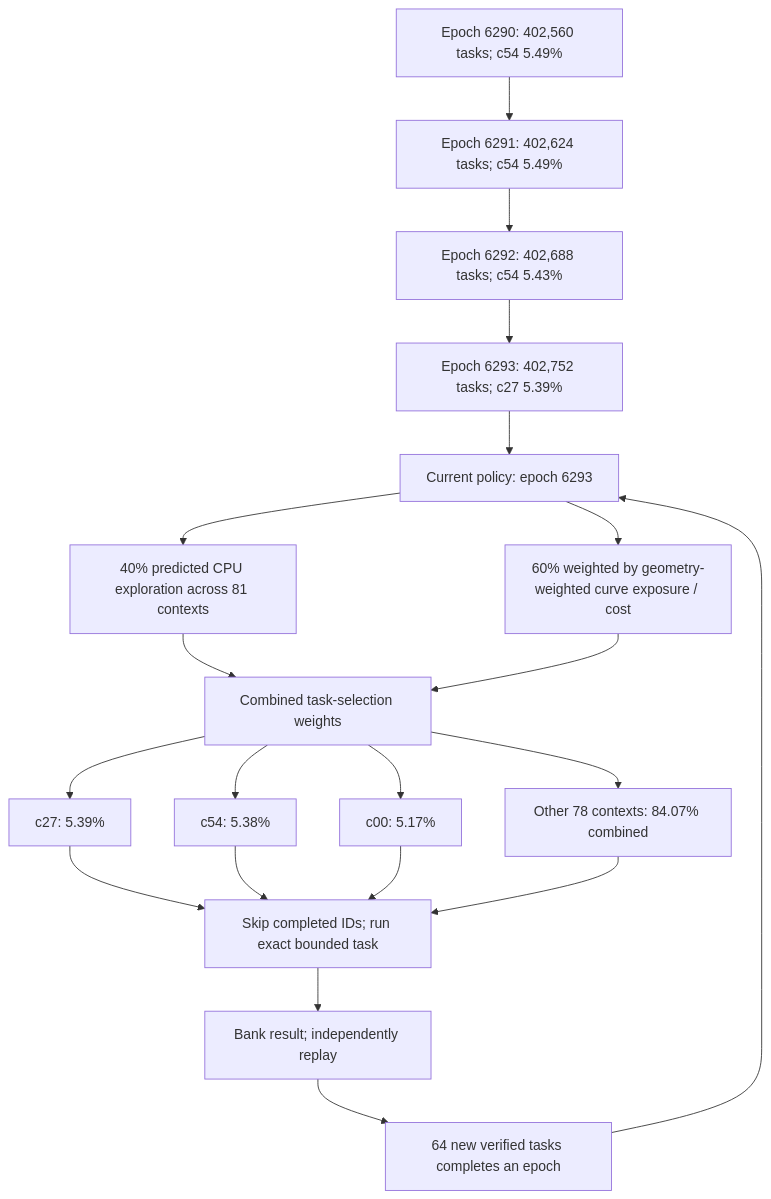
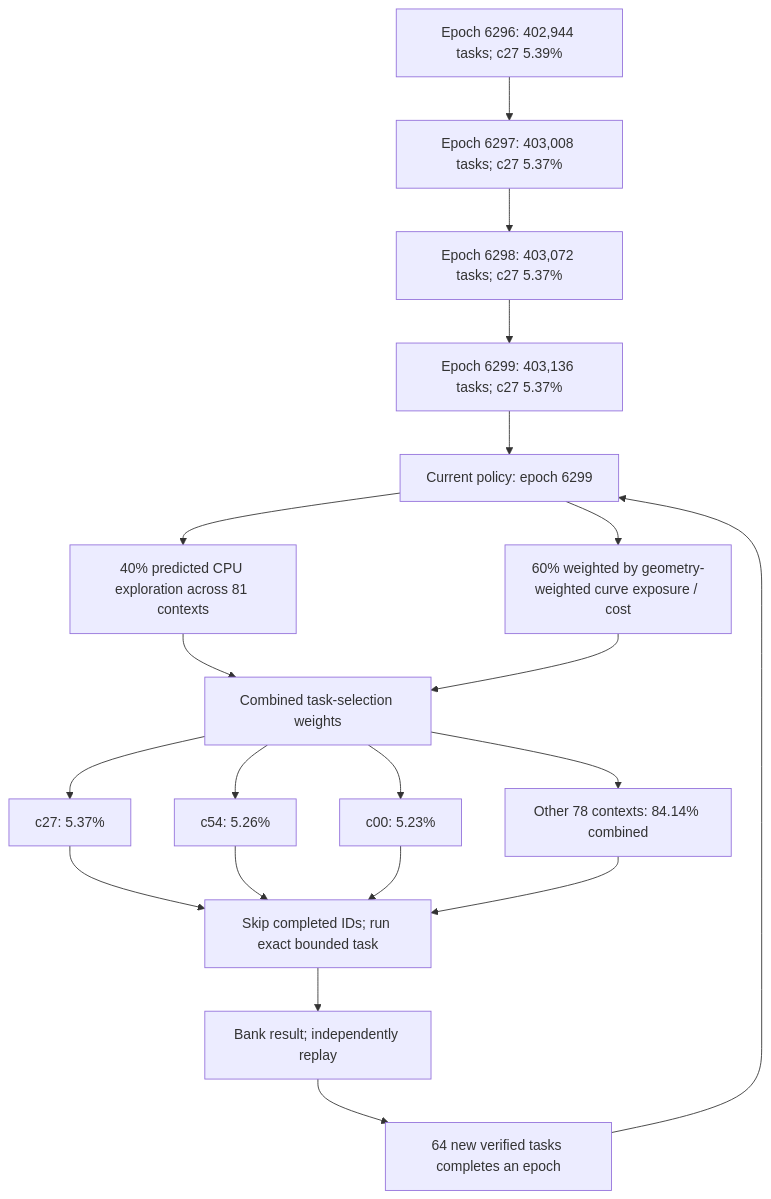
The first of 4 diagrams in README.md (Kuberwastaken/math-gambling), drawn with Mermaid before and after one commit. The commit also changed other lines of this file and 1467 other files, not shown here.

````diff
--- a/README.md
+++ b/README.md
@@ -60,27 +60,27 @@
 ```mermaid
 flowchart TD
-    H0["Epoch 6290: 402,560 tasks; c54 5.49%"]
-    H1["Epoch 6291: 402,624 tasks; c54 5.49%"]
+    H0["Epoch 6296: 402,944 tasks; c27 5.39%"]
+    H1["Epoch 6297: 403,008 tasks; c27 5.37%"]
     H0 --> H1
-    H2["Epoch 6292: 402,688 tasks; c54 5.43%"]
+    H2["Epoch 6298: 403,072 tasks; c27 5.37%"]
     H1 --> H2
-    H3["Epoch 6293: 402,752 tasks; c27 5.39%"]
+    H3["Epoch 6299: 403,136 tasks; c27 5.37%"]
     H2 --> H3
-    Policy["Current policy: epoch 6293"]
+    Policy["Current policy: epoch 6299"]
     H3 --> Policy
     Policy --> Explore["40% predicted CPU exploration across 81 contexts"]
     Policy --> Cost["60% weighted by geometry-weighted curve exposure / cost"]
     Explore --> Mix["Combined task-selection weights"]
     Cost --> Mix
-    Mix --> C0["c27: 5.39%"]
-    Mix --> C1["c54: 5.38%"]
-    Mix --> C2["c00: 5.17%"]
-    Mix --> Rest["Other 78 contexts: 84.07% combined"]
+    Mix --> C0["c27: 5.37%"]
+    Mix --> C1["c54: 5.26%"]
+    Mix --> C2["c00: 5.23%"]
+    Mix --> Rest["Other 78 contexts: 84.14% combined"]
     C0 --> Check["Skip completed IDs; run exact bounded task"]
     C1 --> Check
     C2 --> Check
     Rest --> Check
     Check --> Replay["Bank result; independently replay"]
     Replay --> Gate["64 new verified tasks completes an epoch"]
     Gate --> Policy
 ```
````
